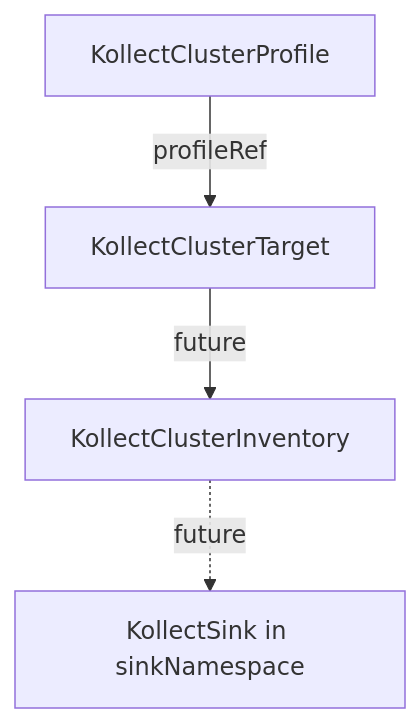
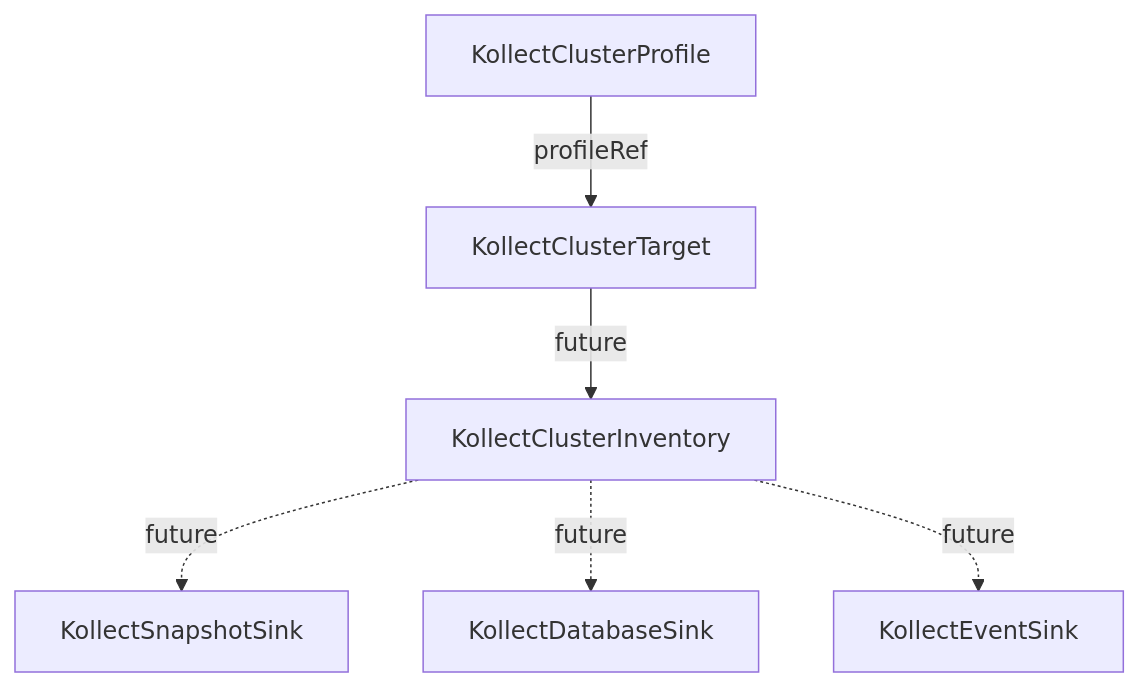
Before and after one commit to PlatformRelay/Kollect: the diagram in docs/crds/kollectclusterprofile.md, drawn with Mermaid. The commit also changed 16 other files, not shown here.

````diff
--- a/docs/crds/kollectclusterprofile.md
+++ b/docs/crds/kollectclusterprofile.md
@@ -23,11 +23,15 @@
 ```mermaid
 flowchart TD
   CProf[KollectClusterProfile]
   CTarget[KollectClusterTarget]
   CInv[KollectClusterInventory]
-  Sink[KollectSink in sinkNamespace]
+  Snap[KollectSnapshotSink]
+  Db[KollectDatabaseSink]
+  Ev[KollectEventSink]
 
   CProf -->|"profileRef"| CTarget
   CTarget -->|future| CInv
-  CInv -.->|future| Sink
+  CInv -.->|future| Snap
+  CInv -.->|future| Db
+  CInv -.->|future| Ev
 ```
````
